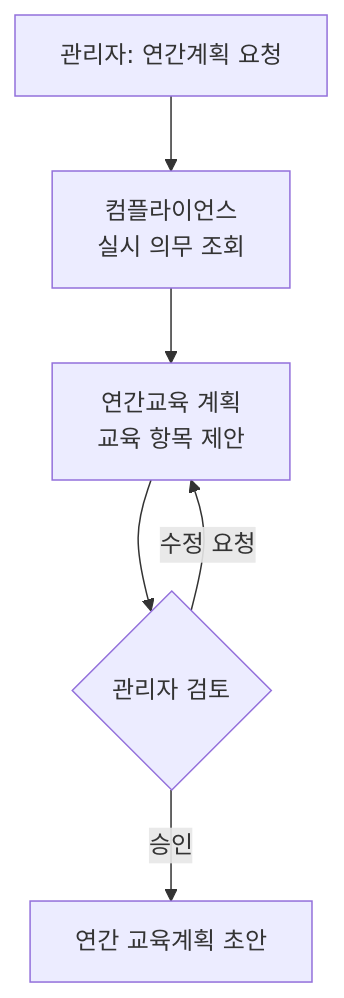
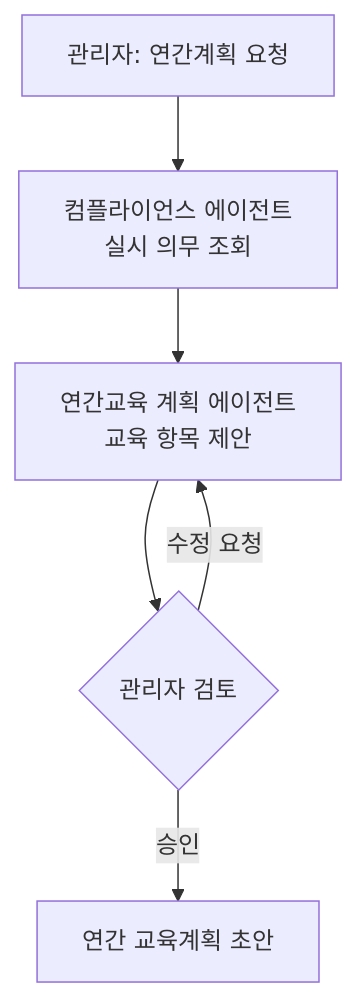
The diagram in docs/scenarios/annual-plan.md (Doc-AI-Agent-development/Doc-AI-Agent-development.github.io), drawn with Mermaid before and after one commit. The commit also changed 4 other files, not shown here.

First line of the commit message:
Clarify annual plan diagram and name agents in scenario flows

````diff
--- a/docs/scenarios/annual-plan.md
+++ b/docs/scenarios/annual-plan.md
@@ -26,8 +26,8 @@
 ```mermaid
 flowchart TD
-    REQ["관리자: 연간계획 요청"] --> CMP["컴플라이언스<br/>실시 의무 조회"]
-    CMP --> PLAN["연간교육 계획<br/>교육 항목 제안"]
+    REQ["관리자: 연간계획 요청"] --> CMP["컴플라이언스 에이전트<br/>실시 의무 조회"]
+    CMP --> PLAN["연간교육 계획 에이전트<br/>교육 항목 제안"]
     PLAN --> TALK{"관리자 검토"}
     TALK -->|"수정 요청"| PLAN
     TALK -->|"승인"| DONE["연간 교육계획 초안"]
 ```
````
